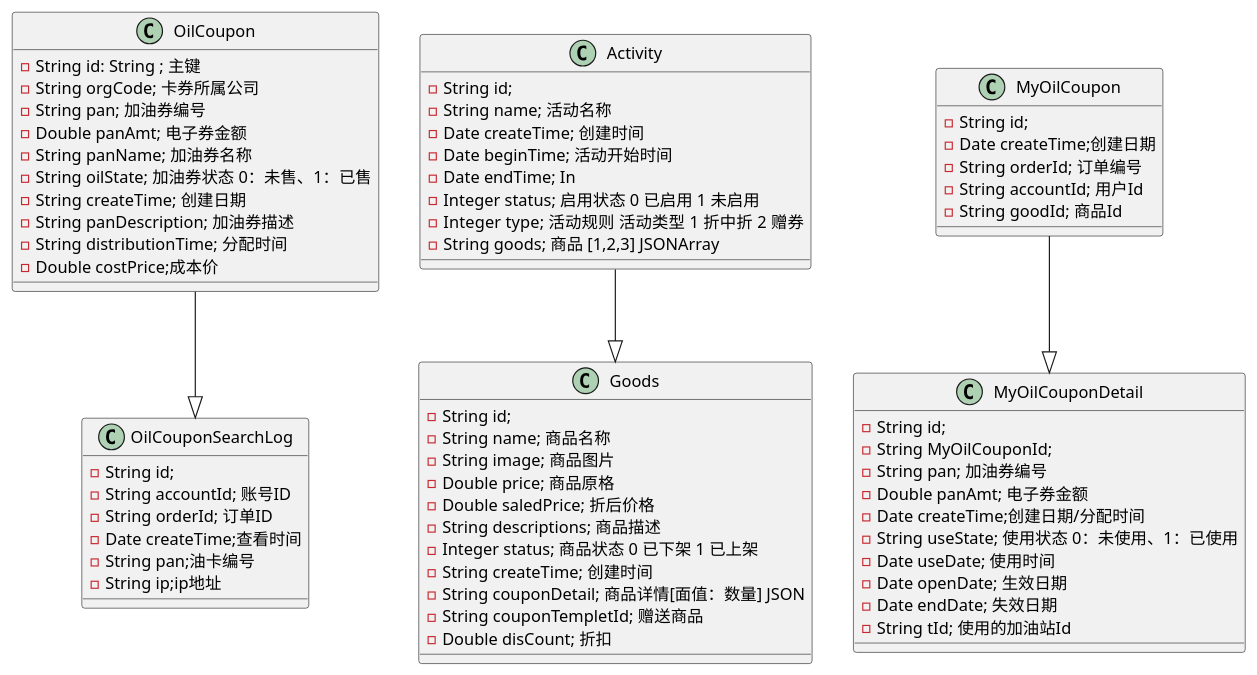
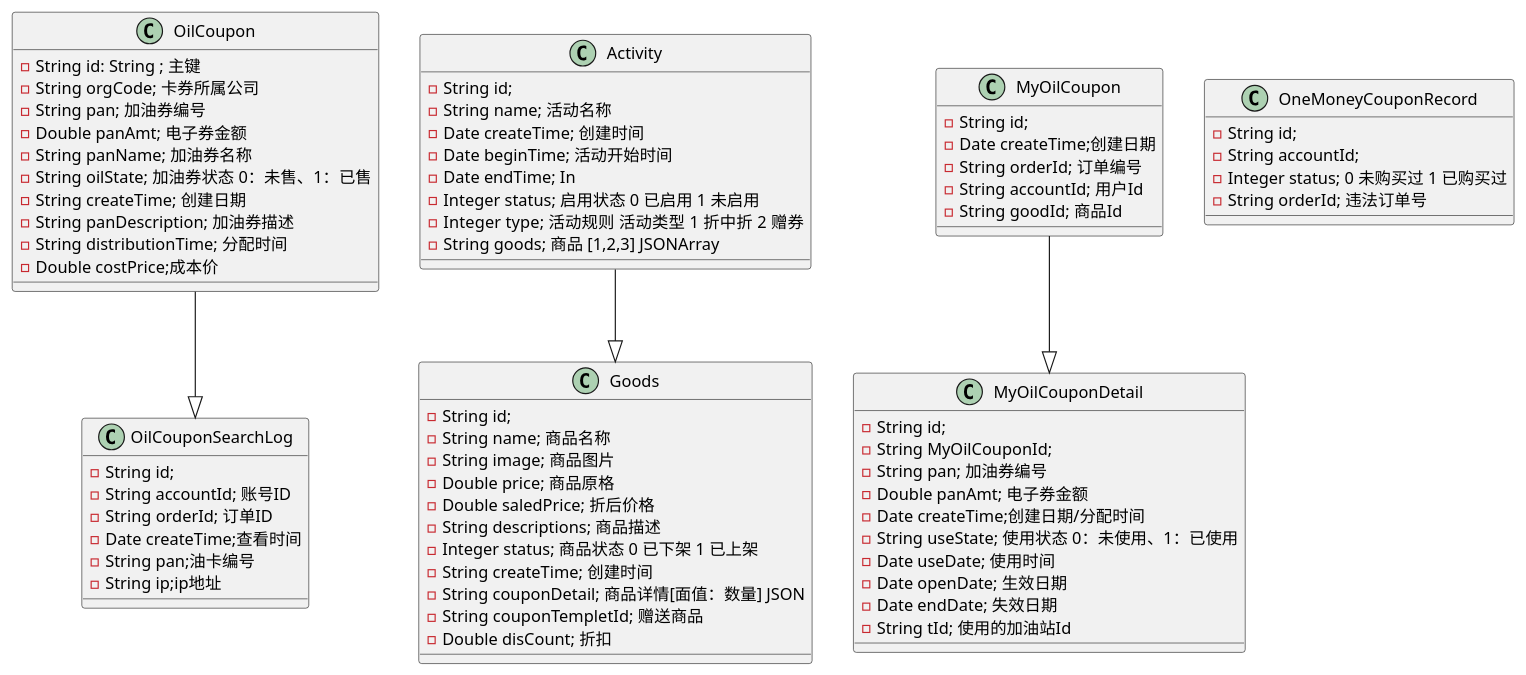
Before and after one commit to zhongliudizhu/api-platform: the diagram in doc/shop.puml, drawn with PlantUML. The commit also changed 6 other files, not shown here.

```diff
--- a/doc/shop.puml
+++ b/doc/shop.puml
@@ -1,71 +1,77 @@
 @startuml
 
 class OilCoupon{
    - String id: String ; 主键
    - String orgCode; 卡券所属公司
    - String pan; 加油券编号
    - Double panAmt; 电子券金额
    - String panName; 加油券名称
    - String oilState; 加油券状态 0：未售、1：已售
    - String createTime; 创建日期
    - String panDescription; 加油券描述
    - String distributionTime; 分配时间
    - Double costPrice;成本价
 }
 
 class OilCouponSearchLog {
    - String id;
    - String accountId; 账号ID
    - String orderId; 订单ID
    - Date createTime;查看时间
    - String pan;油卡编号
    - String ip;ip地址
 }
 class Goods {
    - String id;
    - String name; 商品名称
    - String image; 商品图片
    - Double price; 商品原格
    - Double saledPrice; 折后价格
    - String descriptions; 商品描述
    - Integer status; 商品状态 0 已下架 1 已上架
    - String createTime; 创建时间
    - String couponDetail; 商品详情[面值：数量] JSON
    - String couponTempletId; 赠送商品
    - Double disCount; 折扣
 }
 class Activity {
    - String id;
    - String name; 活动名称
    - Date createTime; 创建时间
    - Date beginTime; 活动开始时间
    - Date endTime; In
    - Integer status; 启用状态 0 已启用 1 未启用
    - Integer type; 活动规则  活动类型 1 折中折 2 赠券
    - String goods; 商品 [1,2,3] JSONArray
 }
 class MyOilCoupon {
    - String id;
    - Date createTime;创建日期
    - String orderId; 订单编号
    - String accountId; 用户Id
    - String goodId; 商品Id
 }
 class MyOilCouponDetail {
    - String id;
    - String MyOilCouponId;
    - String pan; 加油券编号
    - Double panAmt; 电子券金额
    - Date createTime;创建日期/分配时间
    - String useState; 使用状态 0：未使用、1：已使用
    - Date useDate; 使用时间
    - Date openDate; 生效日期
    - Date endDate; 失效日期
    - String tId; 使用的加油站Id
 }
+class OneMoneyCouponRecord{
+   - String id;
+   - String accountId;
+   - Integer status; 0 未购买过 1 已购买过
+   - String orderId; 违法订单号
+}
 
 
 Activity  --|>Goods
 OilCoupon --|>OilCouponSearchLog
 MyOilCoupon --|>MyOilCouponDetail
 @enduml
```
